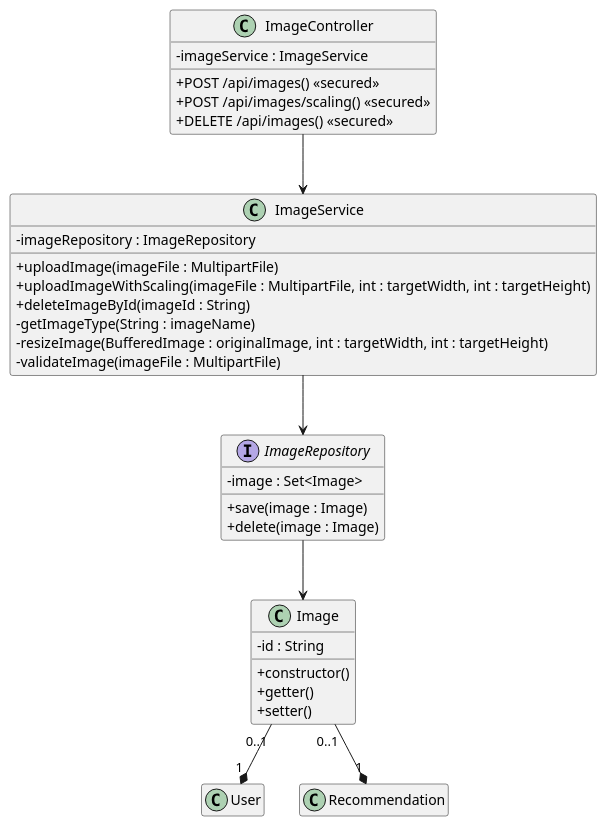
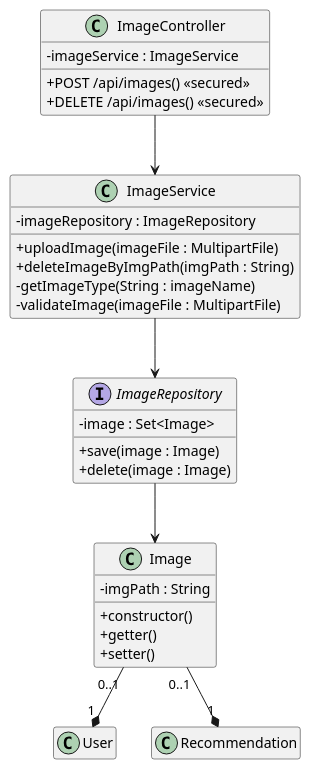
One commit to SpaghettiCodeGang/TryLater-Server changed the diagram in uml/class/Class_ImageUpload.puml. Above: the diagram before and after it, drawn with PlantUML. The commit also changed 2 other files, not shown here.

Commit message:
fix: change image upload api to image and update image upload uml

```diff
--- a/uml/class/Class_ImageUpload.puml
+++ b/uml/class/Class_ImageUpload.puml
@@ -1,38 +1,35 @@
 @startuml
 skinparam classAttributeIconSize 0
 hide empty members
 
 class Image {
-    - id : String
+    - imgPath : String
     + constructor()
     + getter()
     + setter()
 }
 interface ImageRepository {
     - image : Set<Image>
     + save(image : Image)
     + delete(image : Image)
 }
 class ImageService {
     - imageRepository : ImageRepository
     + uploadImage(imageFile : MultipartFile)
-    + uploadImageWithScaling(imageFile : MultipartFile, int : targetWidth, int : targetHeight)
-    + deleteImageById(imageId : String)
+    + deleteImageByImgPath(imgPath : String)
     - getImageType(String : imageName)
-    - resizeImage(BufferedImage : originalImage, int : targetWidth, int : targetHeight)
     - validateImage(imageFile : MultipartFile)
 }
 class ImageController {
     - imageService : ImageService
     + POST /api/images() <<secured>>
-    + POST /api/images/scaling() <<secured>>
     + DELETE /api/images() <<secured>>
 }
 
 Image "0..1" --* "1" User
 Image "0..1" --* "1" Recommendation
 ImageRepository --> Image
 ImageService --> ImageRepository
 ImageController --> ImageService
 
 @enduml
```
